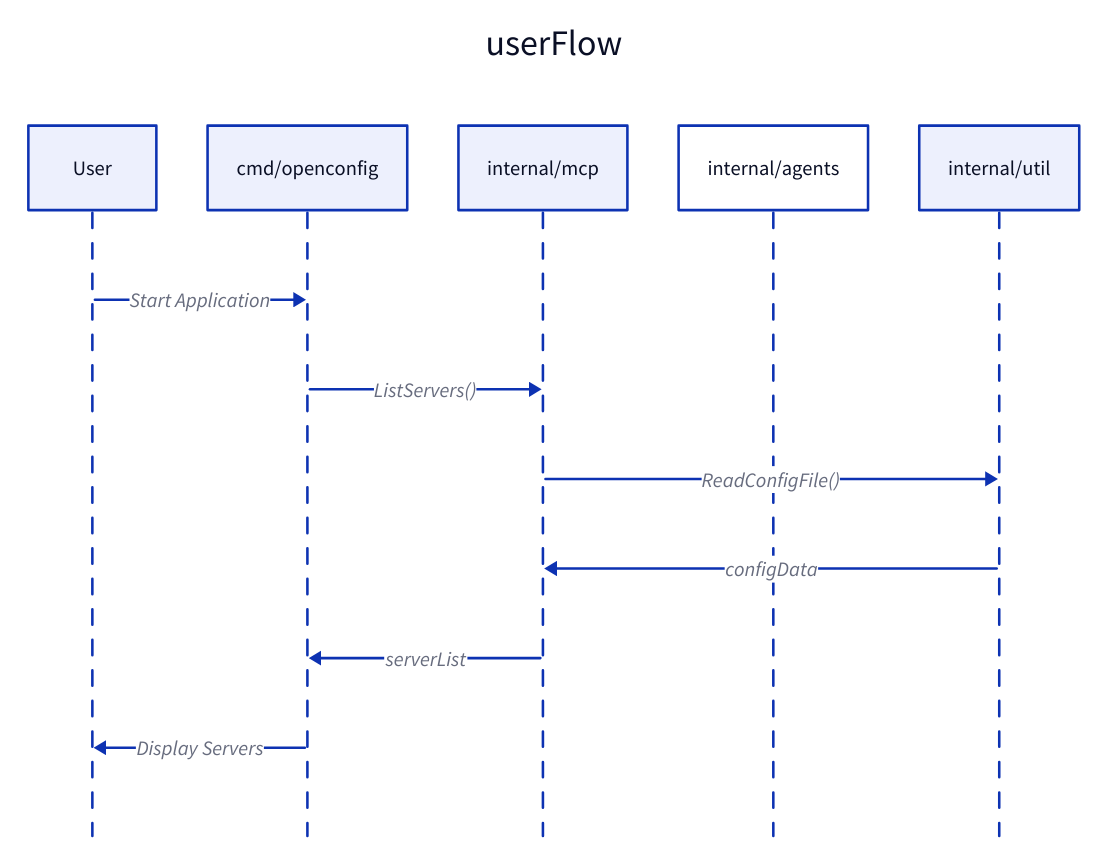
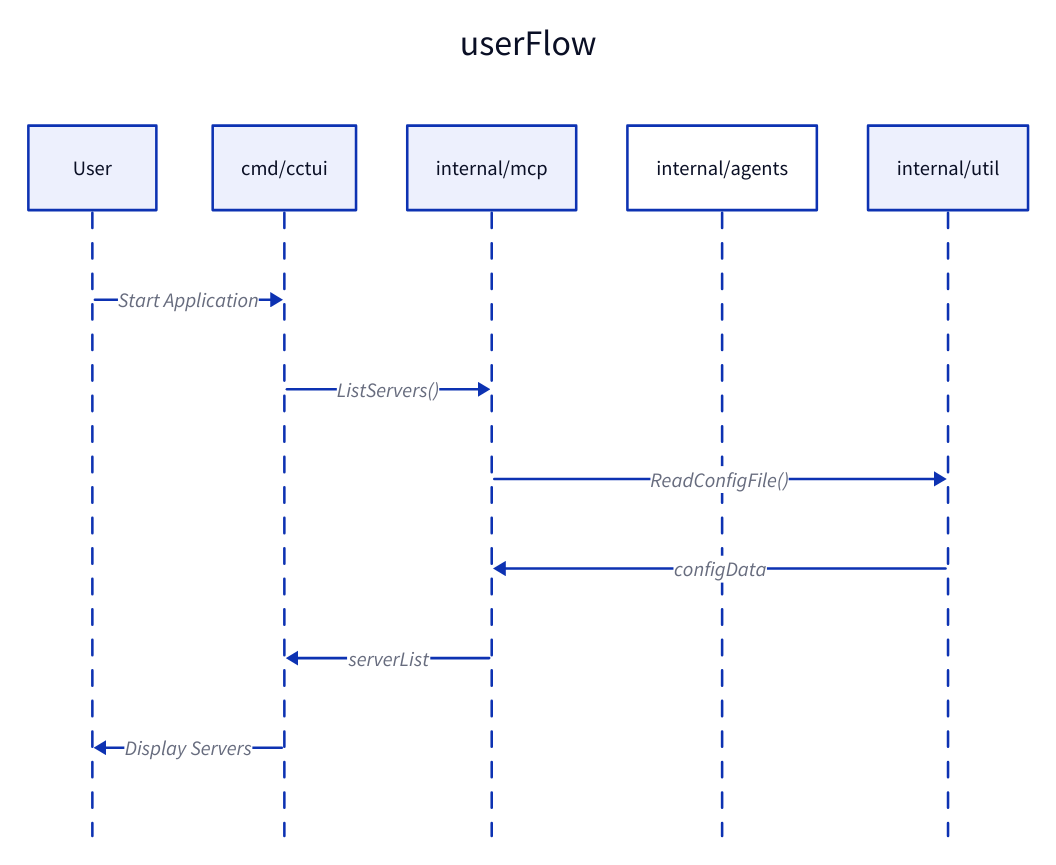
The second of 3 diagrams in agentic/opencode/command/sequence-diagram.md (kenbanks-peng/dotfiles), drawn with D2 before and after one commit.

Commit message:
dotfiles backup on 2025-11-04 22:45:15

````diff
--- a/agentic/opencode/command/sequence-diagram.md
+++ b/agentic/opencode/command/sequence-diagram.md
@@ -235,18 +235,18 @@
 ```d2
 userFlow: {
   shape: sequence_diagram
   
   User
-  "cmd/openconfig"
+  "cmd/cctui"
   "internal/mcp"
   "internal/agents"
   "internal/util"
   
-  User -> "cmd/openconfig": Start Application
-  "cmd/openconfig" -> "internal/mcp": ListServers()
+  User -> "cmd/cctui": Start Application
+  "cmd/cctui" -> "internal/mcp": ListServers()
   "internal/mcp" -> "internal/util": ReadConfigFile()
   "internal/util" -> "internal/mcp": configData
-  "internal/mcp" -> "cmd/openconfig": serverList
-  "cmd/openconfig" -> User: Display Servers
+  "internal/mcp" -> "cmd/cctui": serverList
+  "cmd/cctui" -> User: Display Servers
 }
 ```
````
